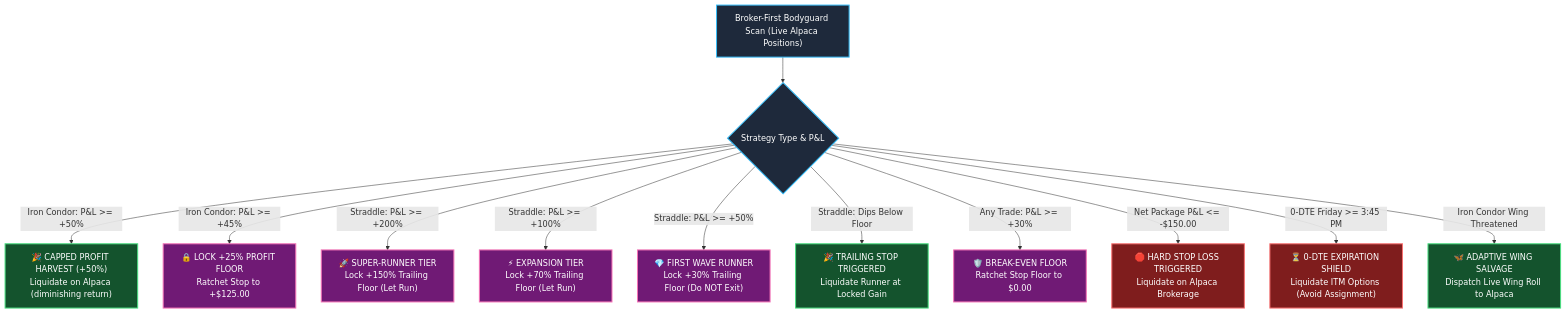
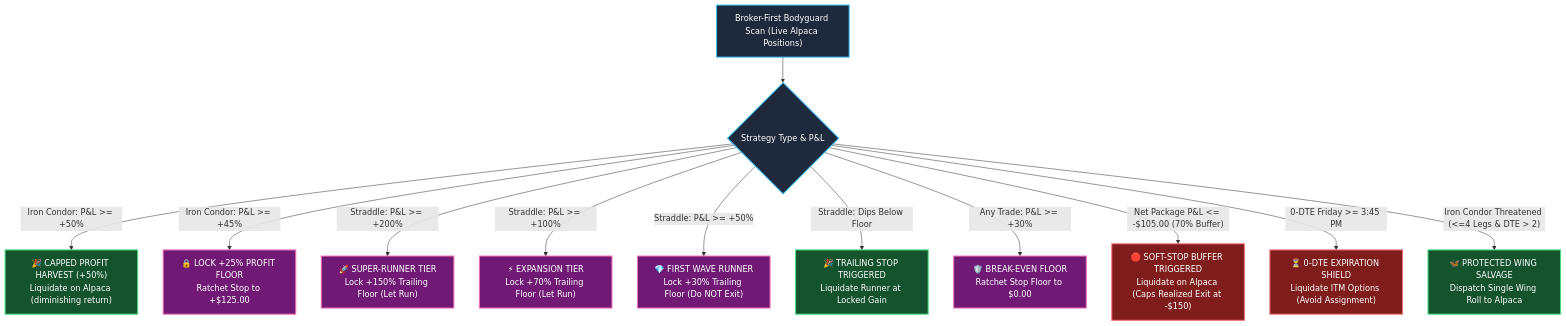
The third of 3 diagrams in README.md (ranazain9/oracle-trading-agents), drawn with Mermaid before and after one commit. The commit also changed other lines of this file and 13 other files, not shown here.

Commit message:
fix(resilience): add 503/429 exponential backoff, soft-stop slippage buffer, and broker duplicate checks

````diff
--- a/README.md
+++ b/README.md
@@ -311,25 +314,25 @@
 ```mermaid
 flowchart TD
     classDef check fill:#1E293B,stroke:#38BDF8,stroke-width:2px,color:#FFFFFF;
     classDef ratchet fill:#701A75,stroke:#F472B6,stroke-width:2px,color:#FFFFFF;
     classDef win fill:#14532D,stroke:#4ADE80,stroke-width:2px,color:#FFFFFF;
     classDef stop fill:#7F1D1D,stroke:#F87171,stroke-width:2px,color:#FFFFFF;
 
     A["Broker-First Bodyguard Scan (Live Alpaca Positions)"]:::check --> B{"Strategy Type & P&L"}:::check
     
     %% Path 1: Capped Credit Spreads (Iron Condors)
     B -->|"Iron Condor: P&L >= +50%"| C1["🎉 CAPPED PROFIT HARVEST (+50%)<br>Liquidate on Alpaca (diminishing return)"]:::win
     B -->|"Iron Condor: P&L >= +45%"| C2["🔒 LOCK +25% PROFIT FLOOR<br>Ratchet Stop to +$125.00"]:::ratchet
     
     %% Path 2: Uncapped Runners & Straddles
     B -->|"Straddle: P&L >= +200%"| S1["🚀 SUPER-RUNNER TIER<br>Lock +150% Trailing Floor (Let Run)"]:::ratchet
     B -->|"Straddle: P&L >= +100%"| S2["⚡ EXPANSION TIER<br>Lock +70% Trailing Floor (Let Run)"]:::ratchet
     B -->|"Straddle: P&L >= +50%"| S3["💎 FIRST WAVE RUNNER<br>Lock +30% Trailing Floor (Do NOT Exit)"]:::ratchet
     B -->|"Straddle: Dips Below Floor"| S4["🎉 TRAILING STOP TRIGGERED<br>Liquidate Runner at Locked Gain"]:::win
 
     %% Shared Hard Stop and 0-DTE Defense
     B -->|"Any Trade: P&L >= +30%"| E["🛡️ BREAK-EVEN FLOOR<br>Ratchet Stop Floor to $0.00"]:::ratchet
-    B -->|"Net Package P&L <= -$150.00"| F["🛑 HARD STOP LOSS TRIGGERED<br>Liquidate on Alpaca Brokerage"]:::stop
+    B -->|"Net Package P&L <= -$105.00 (70% Buffer)"| F["🛑 SOFT-STOP BUFFER TRIGGERED<br>Liquidate on Alpaca (Caps Realized Exit at -$150)"]:::stop
     B -->|"0-DTE Friday >= 3:45 PM"| H["⏳ 0-DTE EXPIRATION SHIELD<br>Liquidate ITM Options (Avoid Assignment)"]:::stop
-    B -->|"Iron Condor Wing Threatened"| G["🦋 ADAPTIVE WING SALVAGE<br>Dispatch Live Wing Roll to Alpaca"]:::win
+    B -->|"Iron Condor Threatened (<=4 Legs & DTE > 2)"| G["🦋 PROTECTED WING SALVAGE<br>Dispatch Single Wing Roll to Alpaca"]:::win
 ```
````
